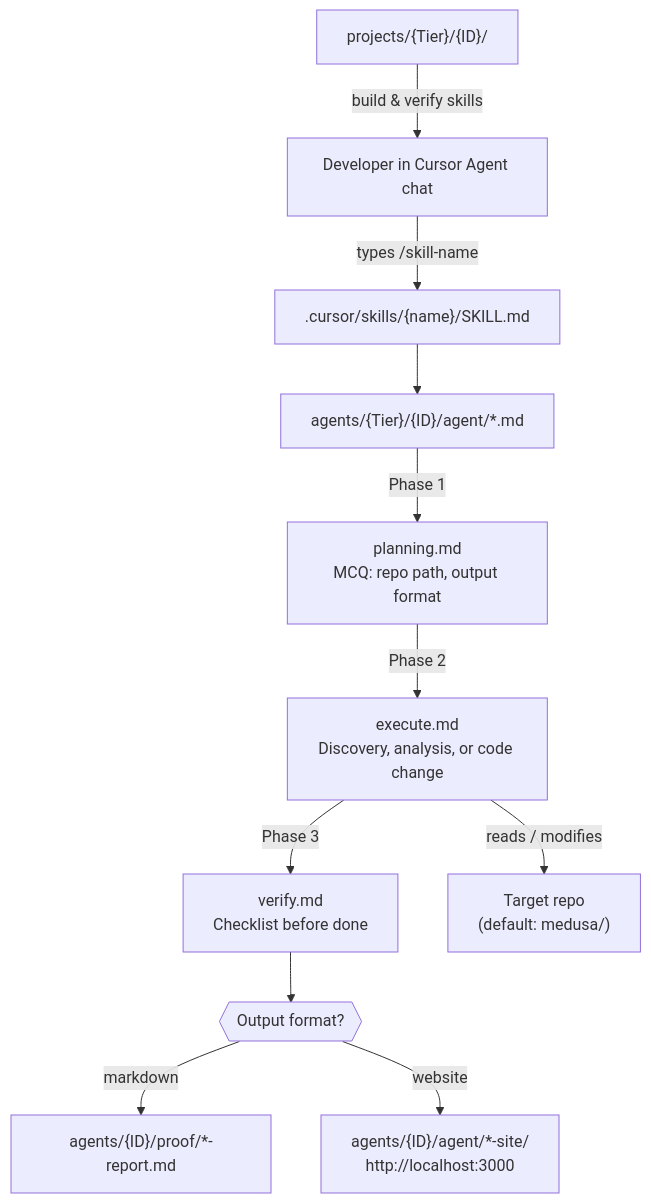
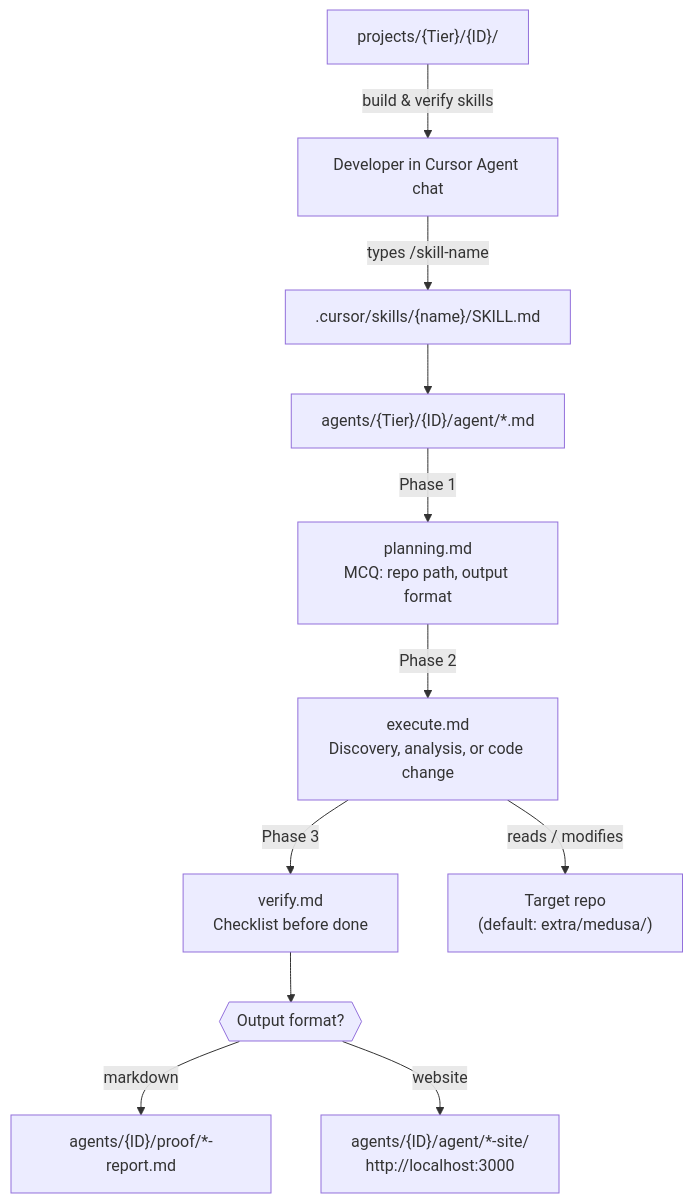
The third of 10 diagrams in README.md (t-divyanshupatel/Task), drawn with Mermaid before and after one commit. The commit also changed other lines of this file and 22777 other files, not shown here.

````diff
--- a/README.md
+++ b/README.md
@@ -196,15 +201,15 @@
 ```mermaid
 flowchart TD
     DEV["Developer in Cursor Agent chat"]
     DEV -->|"types /skill-name"| SKILL[".cursor/skills/{name}/SKILL.md"]
     SKILL --> AGENT["agents/{Tier}/{ID}/agent/*.md"]
     AGENT -->|"Phase 1"| PLAN["planning.md<br/>MCQ: repo path, output format"]
     PLAN -->|"Phase 2"| EXEC["execute.md<br/>Discovery, analysis, or code change"]
     EXEC -->|"Phase 3"| VER["verify.md<br/>Checklist before done"]
     VER --> OUT{{Output format?}}
     OUT -->|markdown| PROOF["agents/{ID}/proof/*-report.md"]
     OUT -->|website| SITE["agents/{ID}/agent/*-site/<br/>http://localhost:3000"]
 
-    EXEC -->|"reads / modifies"| REPO["Target repo<br/>(default: medusa/)"]
+    EXEC -->|"reads / modifies"| REPO["Target repo<br/>(default: extra/medusa/)"]
     PROJECTS["projects/{Tier}/{ID}/"] -->|"build & verify skills"| DEV
 ```
````
